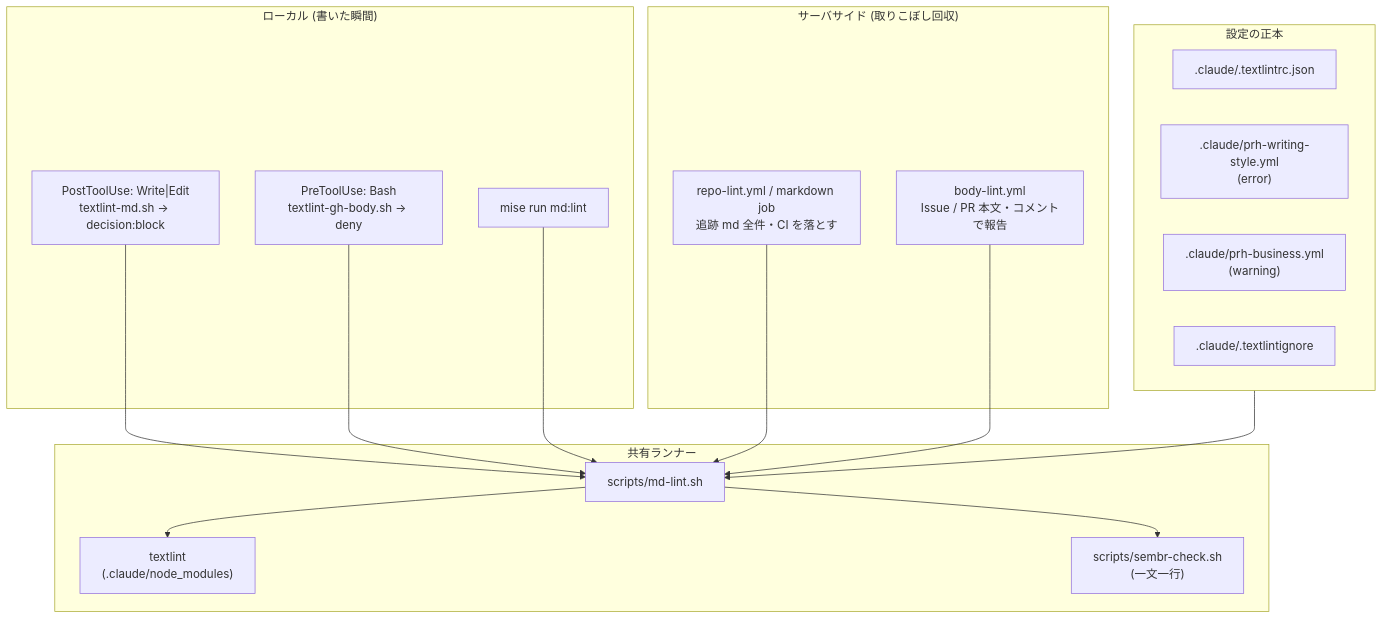
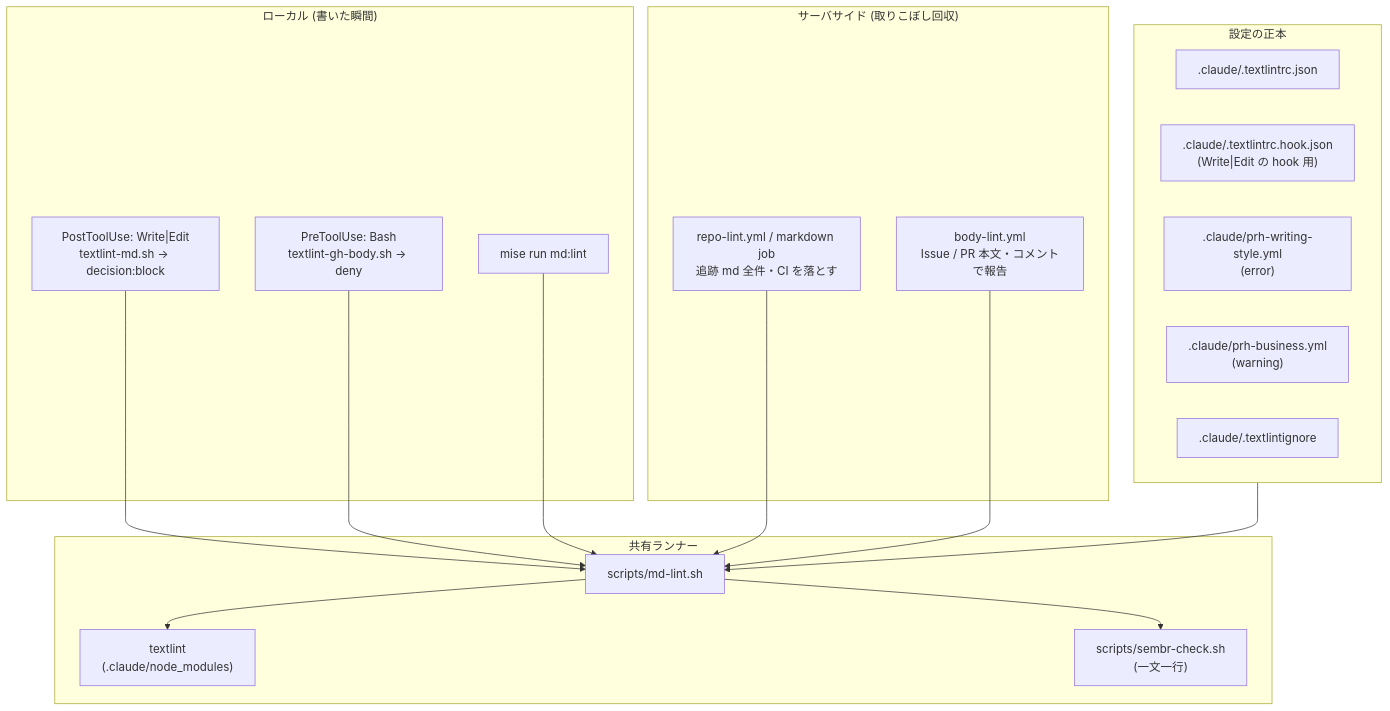
Before and after one commit to bigdra50/dotfiles: the ninth of 9 diagrams in docs/architecture.md, drawn with Mermaid. The commit also changed other lines of this file and 7 other files, not shown here.

First line of the commit message:
🔧 chore: limit the write-time textlint hook to rules with a fixed rewrite

````diff
--- a/docs/architecture.md
+++ b/docs/architecture.md
@@ -282,36 +295,37 @@
 ```mermaid
 flowchart TB
     subgraph canon["設定の正本"]
         rc[".claude/.textlintrc.json"]
+        rch[".claude/.textlintrc.hook.json<br/>(Write|Edit の hook 用)"]
         prh[".claude/prh-writing-style.yml<br/>(error)"]
         prhb[".claude/prh-business.yml<br/>(warning)"]
         ign[".claude/.textlintignore"]
     end
 
     subgraph runner["共有ランナー"]
         ml["scripts/md-lint.sh"]
         tl["textlint<br/>(.claude/node_modules)"]
         sb["scripts/sembr-check.sh<br/>(一文一行)"]
         ml --> tl
         ml --> sb
     end
 
     canon --> ml
 
     subgraph local["ローカル (書いた瞬間)"]
         h1["PostToolUse: Write|Edit<br/>textlint-md.sh → decision:block"]
         h2["PreToolUse: Bash<br/>textlint-gh-body.sh → deny"]
         mt["mise run md:lint"]
     end
 
     subgraph server["サーバサイド (取りこぼし回収)"]
         ci["repo-lint.yml / markdown job<br/>追跡 md 全件・CI を落とす"]
         bl["body-lint.yml<br/>Issue / PR 本文・コメントで報告"]
     end
 
     h1 --> ml
     h2 --> ml
     mt --> ml
     ci --> ml
     bl --> ml
 ```
````
